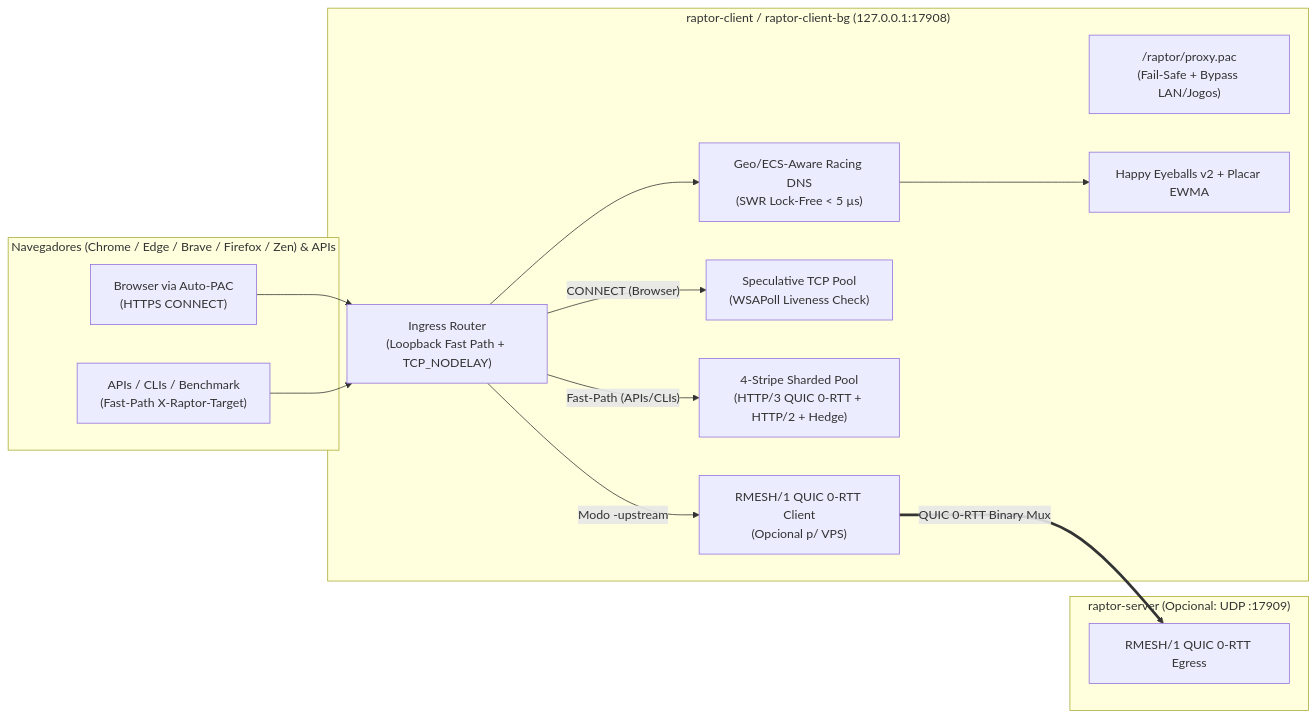
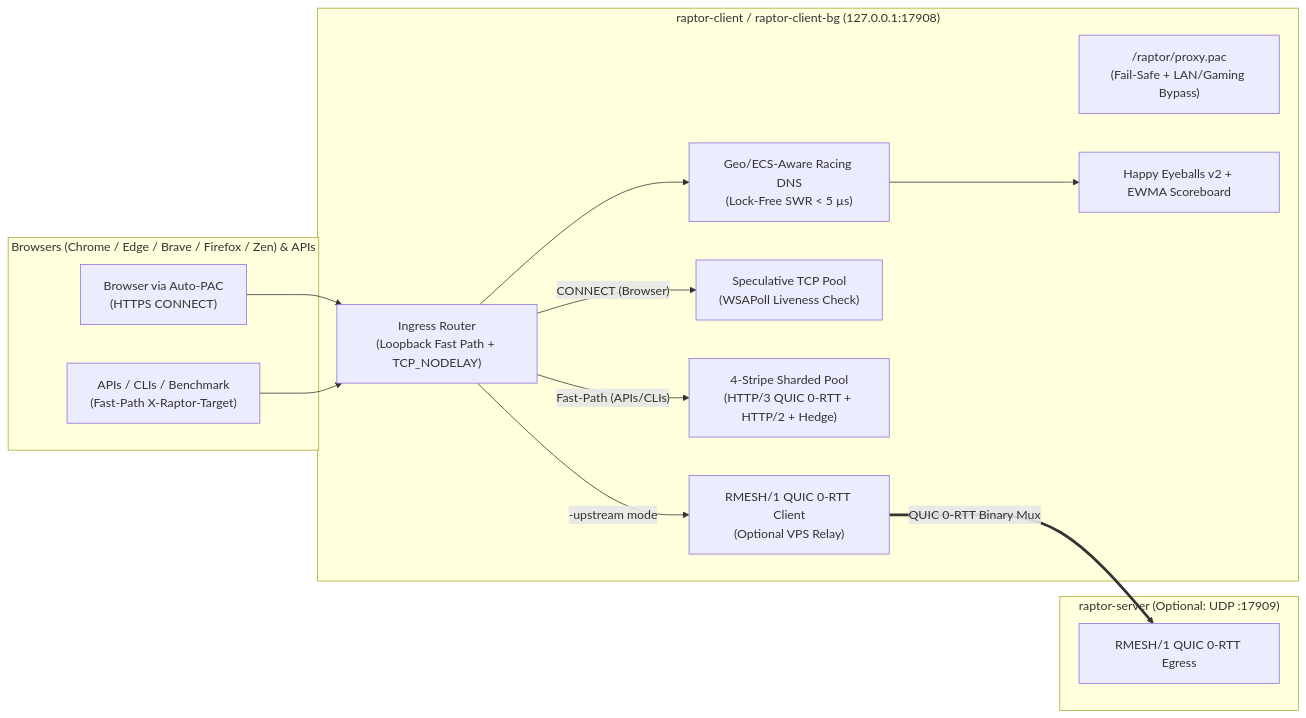
One commit to edsonos/raptor-mesh changed the diagram in README.md. Above: the diagram before and after it, drawn with Mermaid. The commit also changed other lines of this file and 1 other file, not shown here.

````diff
--- a/README.md
+++ b/README.md
@@ -35,29 +39,29 @@
 ```mermaid
 flowchart LR
-    subgraph Apps["Navegadores (Chrome / Edge / Brave / Firefox / Zen) & APIs"]
+    subgraph Apps["Browsers (Chrome / Edge / Brave / Firefox / Zen) & APIs"]
         B["Browser via Auto-PAC<br/>(HTTPS CONNECT)"]
         F["APIs / CLIs / Benchmark<br/>(Fast-Path X-Raptor-Target)"]
     end
 
     subgraph Client["raptor-client / raptor-client-bg (127.0.0.1:17908)"]
-        PAC["/raptor/proxy.pac<br/>(Fail-Safe + Bypass LAN/Jogos)"]
+        PAC["/raptor/proxy.pac<br/>(Fail-Safe + LAN/Gaming Bypass)"]
         ING["Ingress Router<br/>(Loopback Fast Path + TCP_NODELAY)"]
-        DNS["Geo/ECS-Aware Racing DNS<br/>(SWR Lock-Free < 5 µs)"]
-        HE["Happy Eyeballs v2 + Placar EWMA"]
+        DNS["Geo/ECS-Aware Racing DNS<br/>(Lock-Free SWR < 5 µs)"]
+        HE["Happy Eyeballs v2 + EWMA Scoreboard"]
         TCP["Speculative TCP Pool<br/>(WSAPoll Liveness Check)"]
         H3H2["4-Stripe Sharded Pool<br/>(HTTP/3 QUIC 0-RTT + HTTP/2 + Hedge)"]
-        TUN["RMESH/1 QUIC 0-RTT Client<br/>(Opcional p/ VPS)"]
+        TUN["RMESH/1 QUIC 0-RTT Client<br/>(Optional VPS Relay)"]
     end
 
-    subgraph Server["raptor-server (Opcional: UDP :17909)"]
+    subgraph Server["raptor-server (Optional: UDP :17909)"]
         RS["RMESH/1 QUIC 0-RTT Egress"]
     end
 
     B --> ING
     F --> ING
     ING --> DNS --> HE
     ING -- "CONNECT (Browser)" --> TCP
     ING -- "Fast-Path (APIs/CLIs)" --> H3H2
-    ING -- "Modo -upstream" --> TUN
+    ING -- "-upstream mode" --> TUN
     TUN == "QUIC 0-RTT Binary Mux" ==> RS
 ```
````
